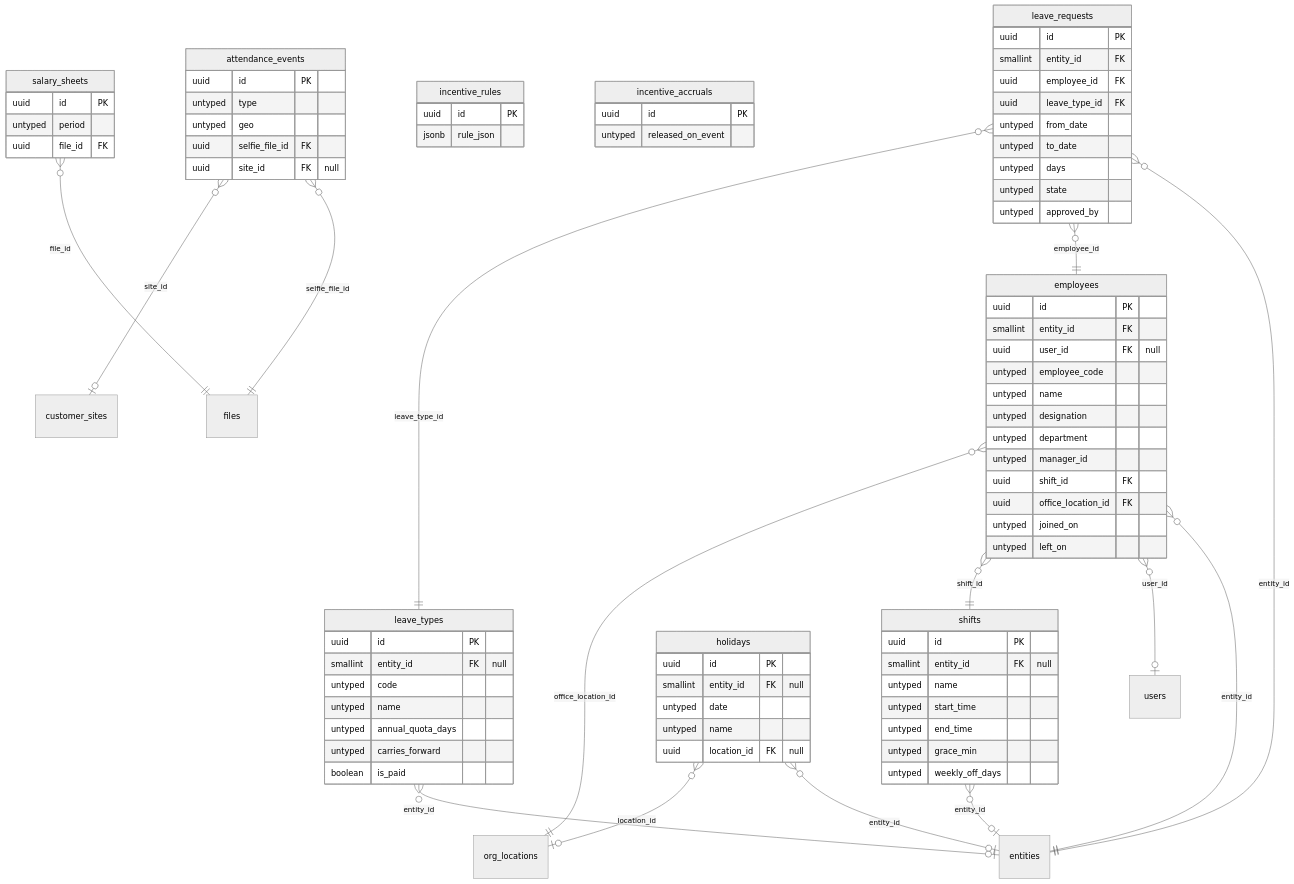
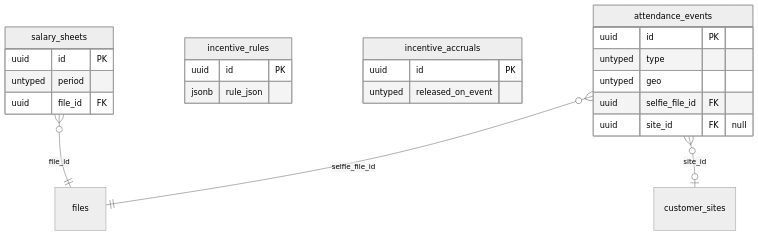
One commit to techaust/shakti_prime changed diagram 16 of 17 in docs/data/erd.md. Above: the diagram before and after it, drawn with Mermaid (neutral theme). The commit also changed other lines of this file and 9 other files, not shown here.

````diff
--- a/docs/data/erd.md
+++ b/docs/data/erd.md
@@ -2186,61 +2279,11 @@
 ```mermaid
 erDiagram
-  employees {
-    uuid id PK
-    smallint entity_id FK
-    uuid user_id FK "null"
-    untyped employee_code
-    untyped name
-    untyped designation
-    untyped department
-    untyped manager_id
-    uuid shift_id FK
-    uuid office_location_id FK
-    untyped joined_on
-    untyped left_on
-  }
   attendance_events {
     uuid id PK
     untyped type
     untyped geo
     uuid selfie_file_id FK
     uuid site_id FK "null"
-  }
-  shifts {
-    uuid id PK
-    smallint entity_id FK "null"
-    untyped name
-    untyped start_time
-    untyped end_time
-    untyped grace_min
-    untyped weekly_off_days
-  }
-  leave_types {
-    uuid id PK
-    smallint entity_id FK "null"
-    untyped code
-    untyped name
-    untyped annual_quota_days
-    untyped carries_forward
-    boolean is_paid
-  }
-  leave_requests {
-    uuid id PK
-    smallint entity_id FK
-    uuid employee_id FK
-    uuid leave_type_id FK
-    untyped from_date
-    untyped to_date
-    untyped days
-    untyped state
-    untyped approved_by
-  }
-  holidays {
-    uuid id PK
-    smallint entity_id FK "null"
-    untyped date
-    untyped name
-    uuid location_id FK "null"
   }
   incentive_rules {
     uuid id PK
@@ -2255,18 +2298,7 @@
     untyped period
     uuid file_id FK
   }
-  employees }o--|| entities : "entity_id"
-  employees }o--o| users : "user_id"
-  employees }o--|| shifts : "shift_id"
-  employees }o--|| org_locations : "office_location_id"
   attendance_events }o--|| files : "selfie_file_id"
   attendance_events }o--o| customer_sites : "site_id"
-  shifts }o--o| entities : "entity_id"
-  leave_types }o--o| entities : "entity_id"
-  leave_requests }o--|| entities : "entity_id"
-  leave_requests }o--|| employees : "employee_id"
-  leave_requests }o--|| leave_types : "leave_type_id"
-  holidays }o--o| entities : "entity_id"
-  holidays }o--o| org_locations : "location_id"
   salary_sheets }o--|| files : "file_id"
 ```
````
